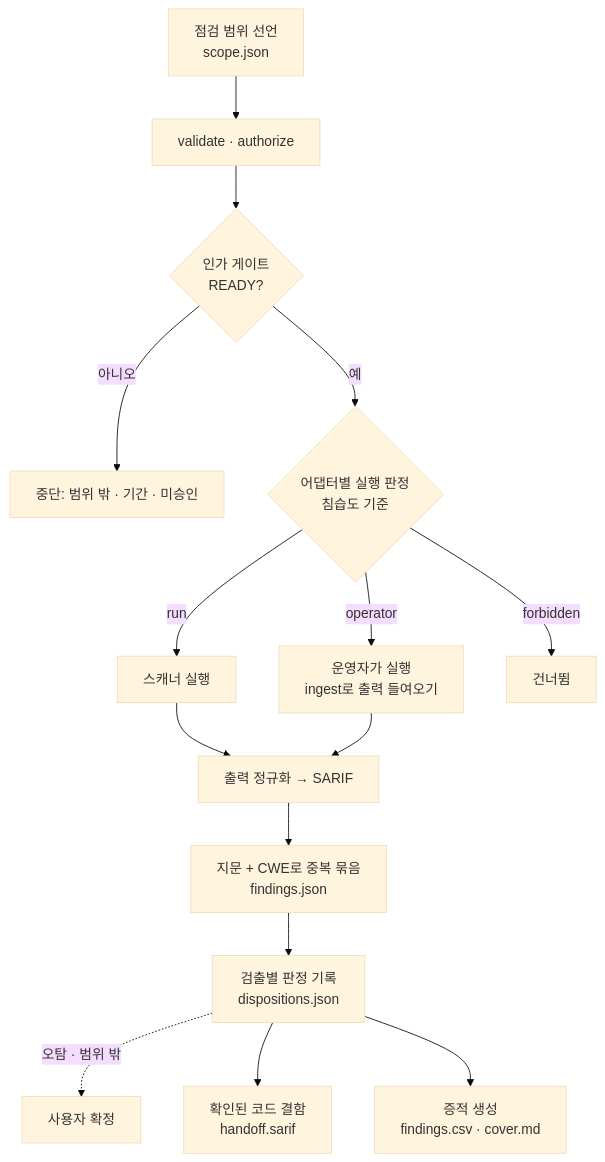
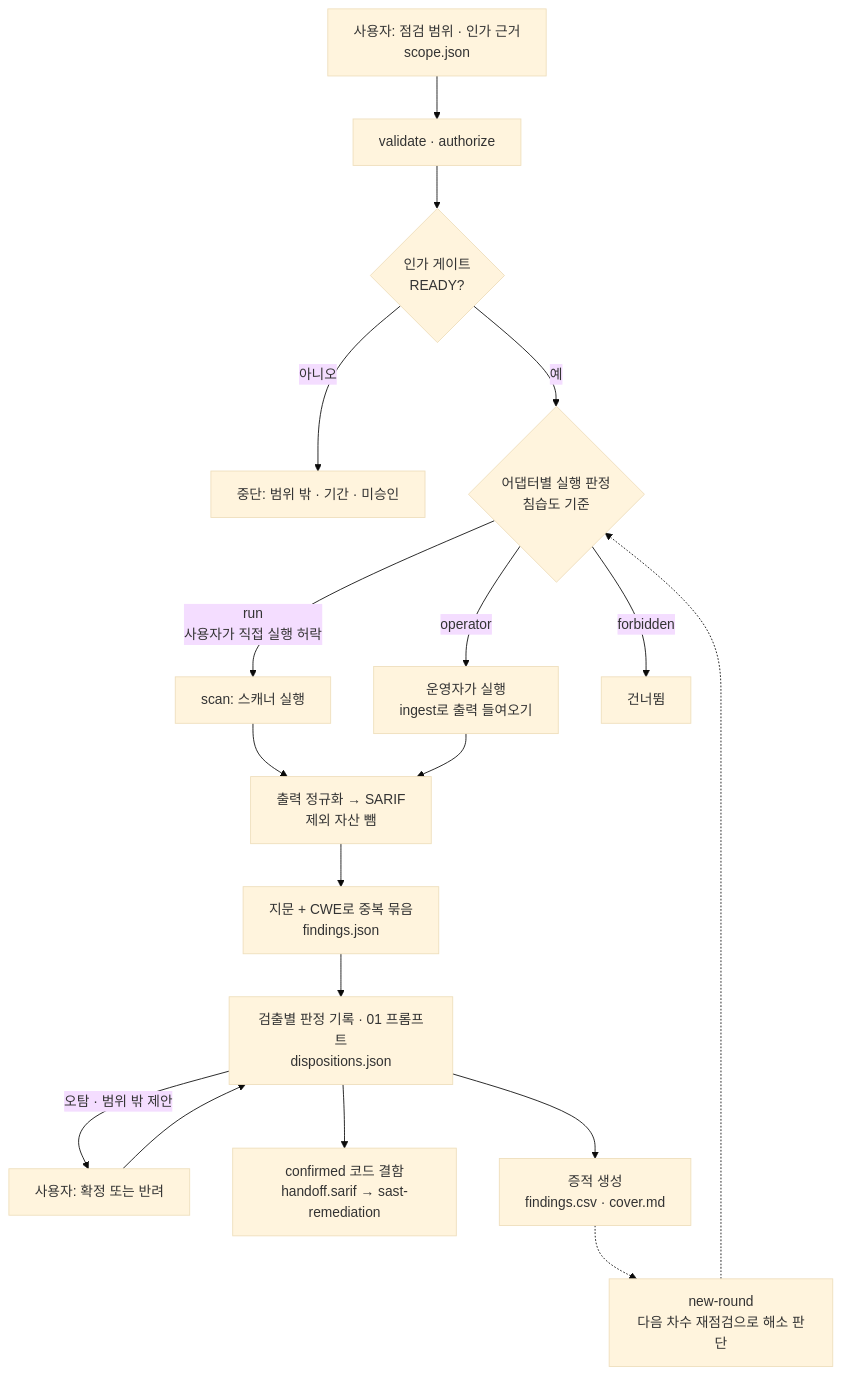
The diagram in skills/security-assessment/toolkit/README.md (seo0tak/agent-skills), drawn with Mermaid (base theme) before and after one commit. The commit also changed 13 other files, not shown here.

First line of the commit message:
docs: 다이어그램 시인성·흐름도 점검 반영

````diff
--- a/skills/security-assessment/toolkit/README.md
+++ b/skills/security-assessment/toolkit/README.md
@@ -16,17 +16,20 @@
 ```mermaid
 flowchart TD
-  scope["점검 범위 선언<br/>scope.json"] --> auth["validate · authorize"]
+  scope["사용자: 점검 범위 · 인가 근거<br/>scope.json"] --> auth["validate · authorize"]
   auth --> gate{"인가 게이트<br/>READY?"}
   gate -- "아니오" --> stop["중단: 범위 밖 · 기간 · 미승인"]
   gate -- "예" --> decide{"어댑터별 실행 판정<br/>침습도 기준"}
-  decide -- "run" --> exec["스캐너 실행"]
+  decide -- "run<br/>사용자가 직접 실행 허락" --> exec["scan: 스캐너 실행"]
   decide -- "operator" --> op["운영자가 실행<br/>ingest로 출력 들여오기"]
   decide -- "forbidden" --> skip["건너뜀"]
-  exec --> norm["출력 정규화 → SARIF"]
+  exec --> norm["출력 정규화 → SARIF<br/>제외 자산 뺌"]
   op --> norm
   norm --> merge["지문 + CWE로 중복 묶음<br/>findings.json"]
-  merge --> disp["검출별 판정 기록<br/>dispositions.json"]
-  disp -. "오탐 · 범위 밖" .-> user["사용자 확정"]
-  disp --> bridge["확인된 코드 결함<br/>handoff.sarif"]
+  merge --> disp["검출별 판정 기록 · 01 프롬프트<br/>dispositions.json"]
+  disp -- "오탐 · 범위 밖 제안" --> user["사용자: 확정 또는 반려"]
+  user --> disp
+  disp --> bridge["confirmed 코드 결함<br/>handoff.sarif → sast-remediation"]
   disp --> ev["증적 생성<br/>findings.csv · cover.md"]
+  ev -.-> round["new-round<br/>다음 차수 재점검으로 해소 판단"]
+  round -.-> decide
 ```
````
